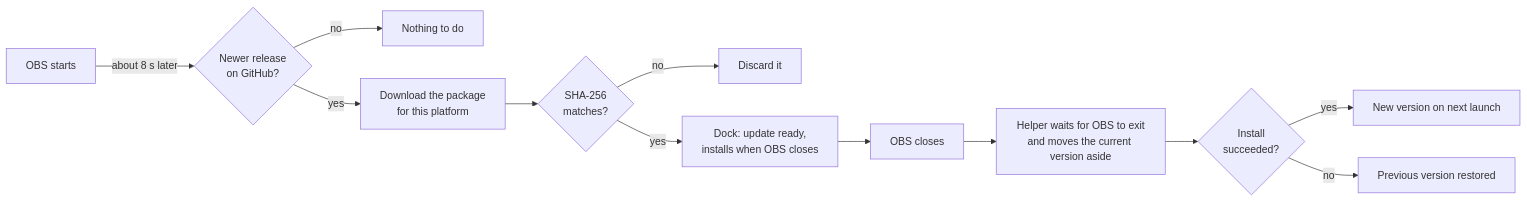
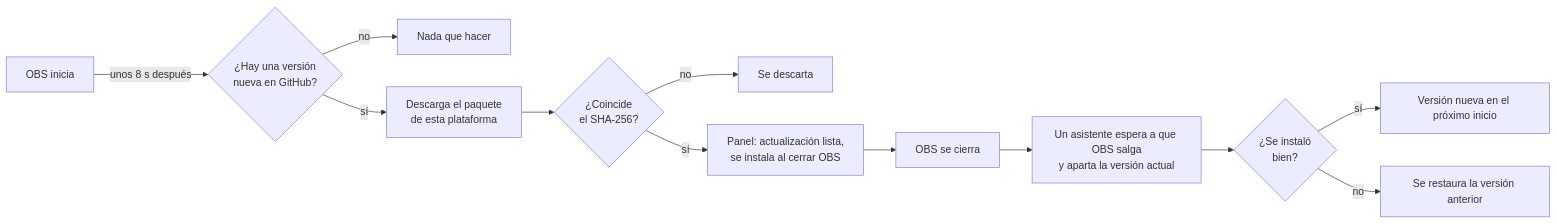
Before and after one commit to alejox/multi-streaming: the diagram in README.md, drawn with Mermaid. The commit also changed other lines of this file and 3 other files, not shown here.

````diff
--- a/README.md
+++ b/README.md
@@ -162,14 +162,14 @@
 ```mermaid
 flowchart LR
-    A[OBS starts] -->|about 8 s later| B{Newer release<br>on GitHub?}
-    B -- no --> Z[Nothing to do]
-    B -- yes --> C[Download the package<br>for this platform]
-    C --> D{SHA-256<br>matches?}
-    D -- no --> F[Discard it]
-    D -- yes --> E[Dock: update ready,<br>installs when OBS closes]
-    E --> G[OBS closes]
-    G --> H[Helper waits for OBS to exit<br>and moves the current version aside]
-    H --> I{Install<br>succeeded?}
-    I -- yes --> J[New version on next launch]
-    I -- no --> K[Previous version restored]
+    A[OBS inicia] -->|unos 8 s después| B{¿Hay una versión<br>nueva en GitHub?}
+    B -- no --> Z[Nada que hacer]
+    B -- sí --> C[Descarga el paquete<br>de esta plataforma]
+    C --> D{¿Coincide<br>el SHA-256?}
+    D -- no --> F[Se descarta]
+    D -- sí --> E[Panel: actualización lista,<br>se instala al cerrar OBS]
+    E --> G[OBS se cierra]
+    G --> H[Un asistente espera a que OBS salga<br>y aparta la versión actual]
+    H --> I{¿Se instaló<br>bien?}
+    I -- sí --> J[Versión nueva en el próximo inicio]
+    I -- no --> K[Se restaura la versión anterior]
 ```
````
